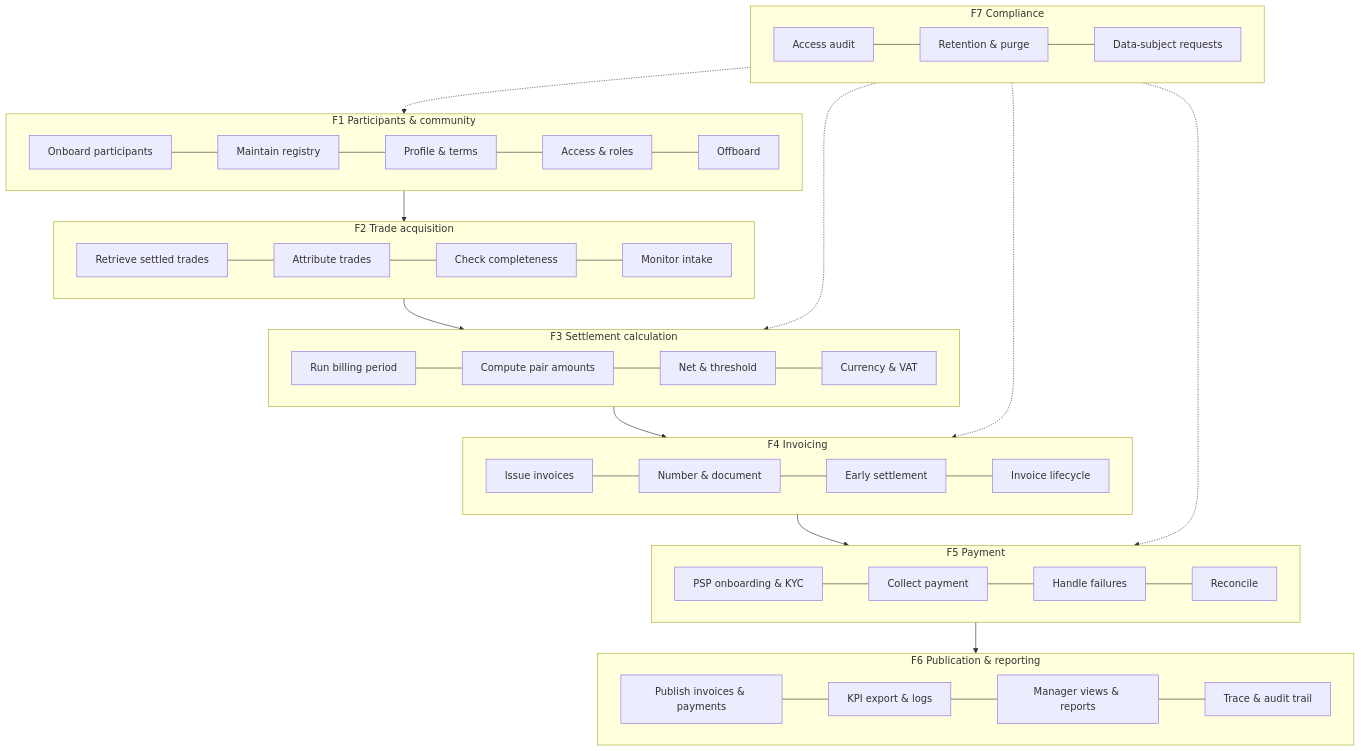
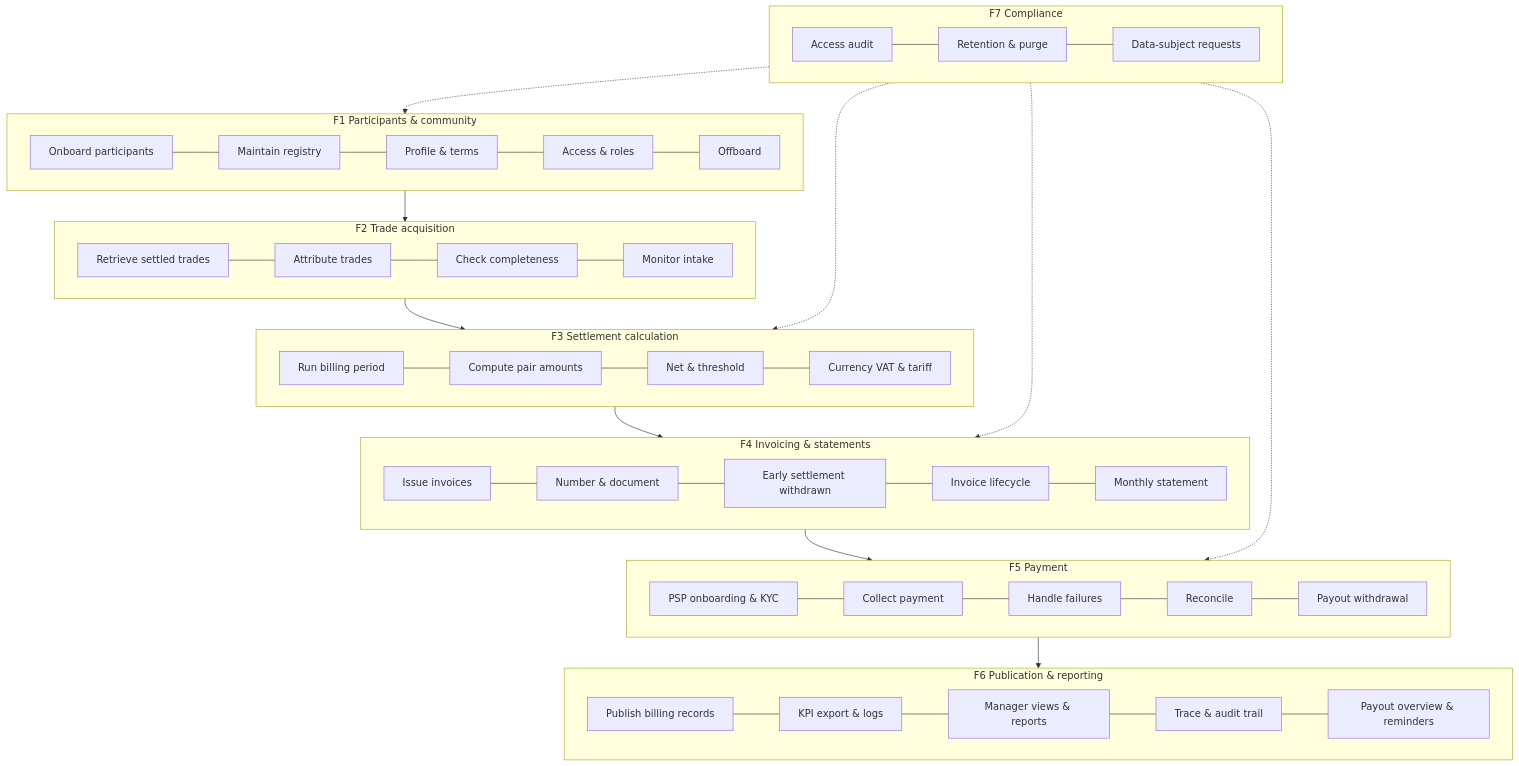
One commit to blooo-io/intelligent-eu-bps-source changed the second of 7 diagrams in docs/architecture/01-functional-architecture.md. Above: the diagram before and after it, drawn with Mermaid. The commit also changed other lines of this file and 96 other files, not shown here.

````diff
--- a/docs/architecture/01-functional-architecture.md
+++ b/docs/architecture/01-functional-architecture.md
@@ -74,28 +76,28 @@
 ```mermaid
 %% elk %%
 
 flowchart TB
   subgraph F1[F1 Participants & community]
     F11[Onboard participants] --- F12[Maintain registry] --- F13[Profile & terms] --- F14[Access & roles] --- F15[Offboard]
   end
   subgraph F2[F2 Trade acquisition]
     F21[Retrieve settled trades] --- F22[Attribute trades] --- F23[Check completeness] --- F24[Monitor intake]
   end
   subgraph F3[F3 Settlement calculation]
-    F31[Run billing period] --- F32[Compute pair amounts] --- F33[Net & threshold] --- F34[Currency & VAT]
+    F31[Run billing period] --- F32[Compute pair amounts] --- F33[Net & threshold] --- F34[Currency VAT & tariff]
   end
-  subgraph F4[F4 Invoicing]
-    F41[Issue invoices] --- F42[Number & document] --- F43[Early settlement] --- F44[Invoice lifecycle]
+  subgraph F4[F4 Invoicing & statements]
+    F41[Issue invoices] --- F42[Number & document] --- F43[Early settlement withdrawn] --- F44[Invoice lifecycle] --- F45[Monthly statement]
   end
   subgraph F5[F5 Payment]
-    F51[PSP onboarding & KYC] --- F52[Collect payment] --- F53[Handle failures] --- F54[Reconcile]
+    F51[PSP onboarding & KYC] --- F52[Collect payment] --- F53[Handle failures] --- F54[Reconcile] --- F55[Payout withdrawal]
   end
   subgraph F6[F6 Publication & reporting]
-    F61[Publish invoices & payments] --- F62[KPI export & logs] --- F63[Manager views & reports] --- F64[Trace & audit trail]
+    F61[Publish billing records] --- F62[KPI export & logs] --- F63[Manager views & reports] --- F64[Trace & audit trail] --- F65[Payout overview & reminders]
   end
   subgraph F7[F7 Compliance]
     F71[Access audit] --- F72[Retention & purge] --- F73[Data-subject requests]
   end
   F1 --> F2 --> F3 --> F4 --> F5 --> F6
   F7 -.-> F1 & F3 & F4 & F5
 ```
````
